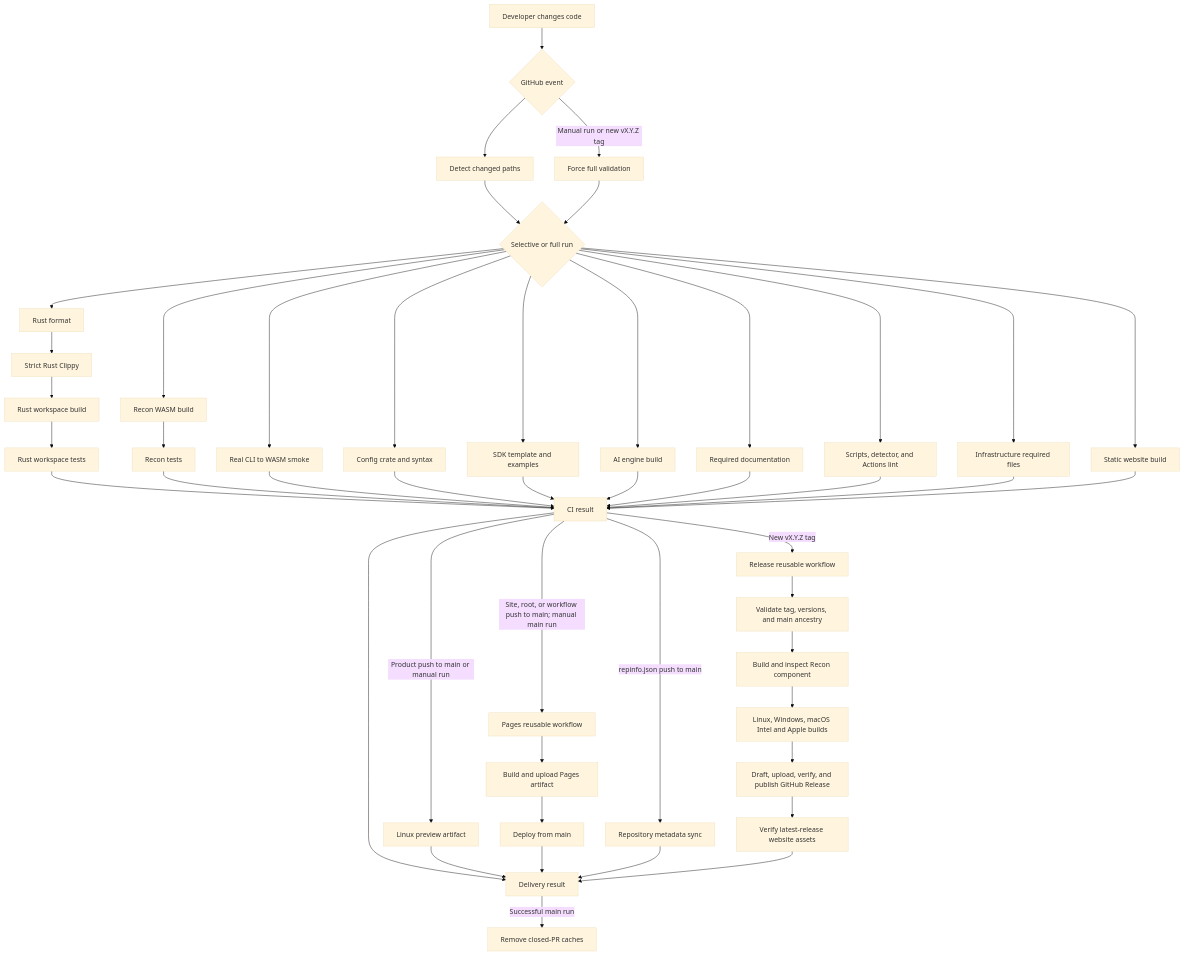
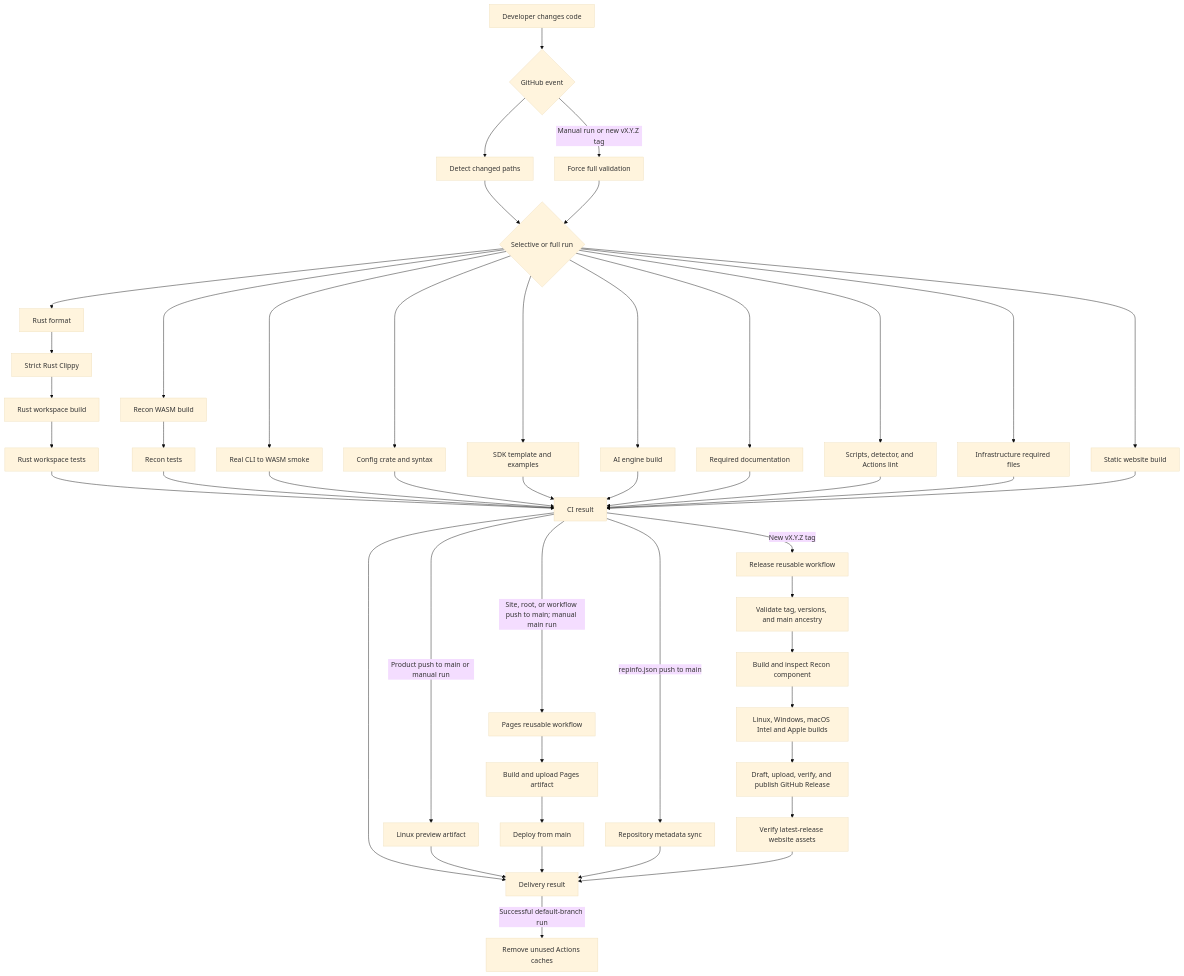
The diagram in docs/development/CI_DELIVERY.md (anonto42/poly.glid_security_workspace), drawn with Mermaid (base theme) before and after one commit. The commit also changed other lines of this file and 2 other files, not shown here.

First line of the commit message:
ci: prune superseded Rust caches

````diff
--- a/docs/development/CI_DELIVERY.md
+++ b/docs/development/CI_DELIVERY.md
@@ -10,55 +10,55 @@
 ```mermaid
 flowchart TD
     Change[Developer changes code] --> Event{GitHub event}
     Event --> Detect[Detect changed paths]
     Detect --> Scope{Selective or full run}
     Event -->|Manual run or new vX.Y.Z tag| Full[Force full validation]
     Full --> Scope
 
     Scope --> Format[Rust format]
     Format --> Clippy[Strict Rust Clippy]
     Clippy --> Build[Rust workspace build]
     Build --> Tests[Rust workspace tests]
 
     Scope --> WasmBuild[Recon WASM build]
     WasmBuild --> WasmTests[Recon tests]
     Scope --> Smoke[Real CLI to WASM smoke]
     Scope --> Config[Config crate and syntax]
     Scope --> SDK[SDK template and examples]
     Scope --> AI[AI engine build]
     Scope --> Docs[Required documentation]
     Scope --> Ops[Scripts, detector, and Actions lint]
     Scope --> Infra[Infrastructure required files]
     Scope --> Site[Static website build]
 
     Tests --> Result[CI result]
     WasmTests --> Result
     Smoke --> Result
     Config --> Result
     SDK --> Result
     AI --> Result
     Docs --> Result
     Ops --> Result
     Infra --> Result
     Site --> Result
 
     Result --> Delivery[Delivery result]
     Result -->|Product push to main or manual run| Preview[Linux preview artifact]
     Result -->|Site, root, or workflow push to main; manual main run| Pages[Pages reusable workflow]
     Result -->|repinfo.json push to main| Metadata[Repository metadata sync]
     Result -->|New vX.Y.Z tag| Release[Release reusable workflow]
 
     Pages --> PagesBuild[Build and upload Pages artifact]
     PagesBuild --> PagesDeploy[Deploy from main]
     Release --> Preflight[Validate tag, versions, and main ancestry]
     Preflight --> Plugin[Build and inspect Recon component]
     Plugin --> Matrix[Linux, Windows, macOS Intel and Apple builds]
     Matrix --> Publish[Draft, upload, verify, and publish GitHub Release]
     Publish --> VerifyLatest[Verify latest-release website assets]
 
     Preview --> Delivery
     PagesDeploy --> Delivery
     Metadata --> Delivery
     VerifyLatest --> Delivery
-    Delivery -->|Successful main run| Cache[Remove closed-PR caches]
+    Delivery -->|Successful default-branch run| Cache[Remove unused Actions caches]
 ```
````
